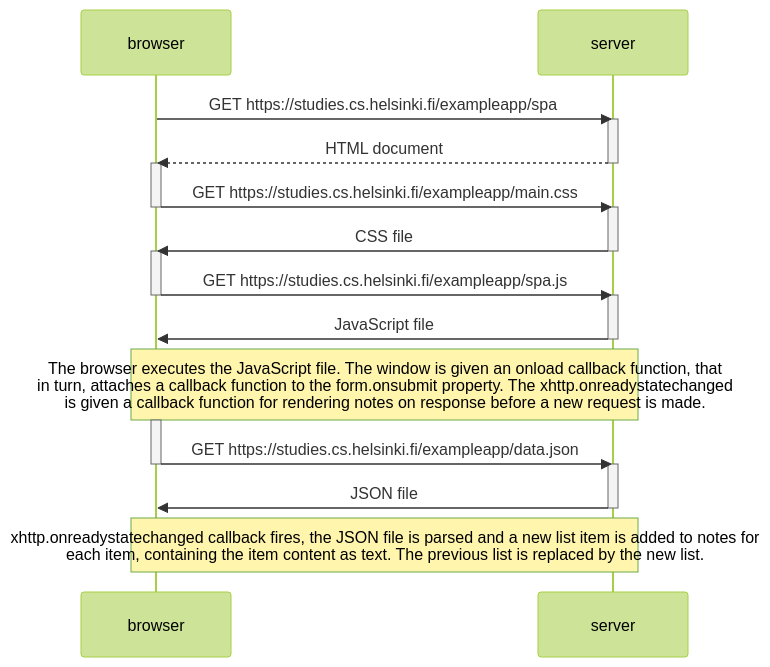
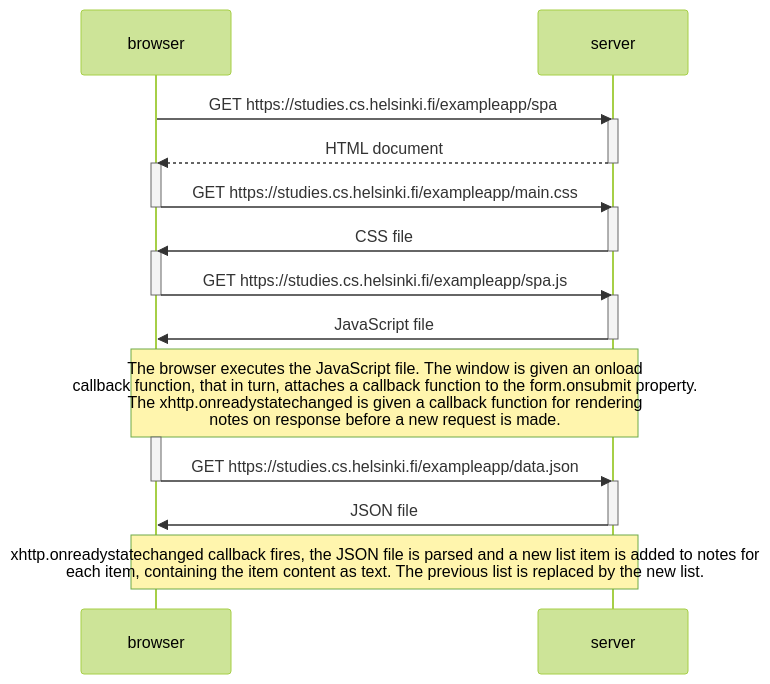
Before and after one commit to Willowfang/FullStackOpen: the second of 2 diagrams in osa0/README.md, drawn with Mermaid (forest theme). The commit also changed other lines of this file, not shown here.

````diff
--- a/osa0/README.md
+++ b/osa0/README.md
@@ -53,39 +53,39 @@
 ```mermaid
 sequenceDiagram
     participant browser
     participant server
 
     browser->>server: GET https://studies.cs.helsinki.fi/exampleapp/spa
 
     activate server
     server-->>browser: HTML document
     deactivate server
 
     activate browser
     browser->>server: GET https://studies.cs.helsinki.fi/exampleapp/main.css
     deactivate browser
 
     activate server
     server->>browser: CSS file
     deactivate server
 
     activate browser
     browser->>server: GET https://studies.cs.helsinki.fi/exampleapp/spa.js
     deactivate browser
 
     activate server
     server->>browser: JavaScript file
     deactivate server
 
-    Note over browser,server: The browser executes the JavaScript file. The window is given an onload callback function, that<br/>in turn, attaches a callback function to the form.onsubmit property. The xhttp.onreadystatechanged<br/>is given a callback function for rendering notes on response before a new request is made.
+    Note over browser,server: The browser executes the JavaScript file. The window is given an onload<br/>callback function, that in turn, attaches a callback function to the form.onsubmit property.<br/>The xhttp.onreadystatechanged is given a callback function for rendering<br/> notes on response before a new request is made.
 
     activate browser
     browser->>server: GET https://studies.cs.helsinki.fi/exampleapp/data.json
     deactivate browser
 
     activate server
     server->>browser: JSON file
     deactivate server
 
     Note over browser,server: xhttp.onreadystatechanged callback fires, the JSON file is parsed and a new list item is added to notes for<br/>each item, containing the item content as text. The previous list is replaced by the new list.
 ```
````
